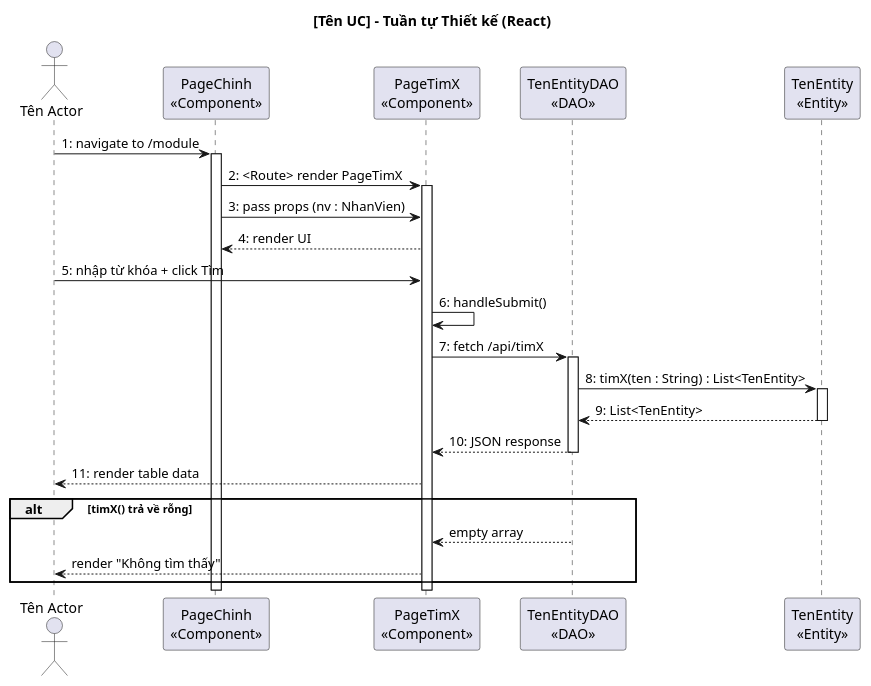
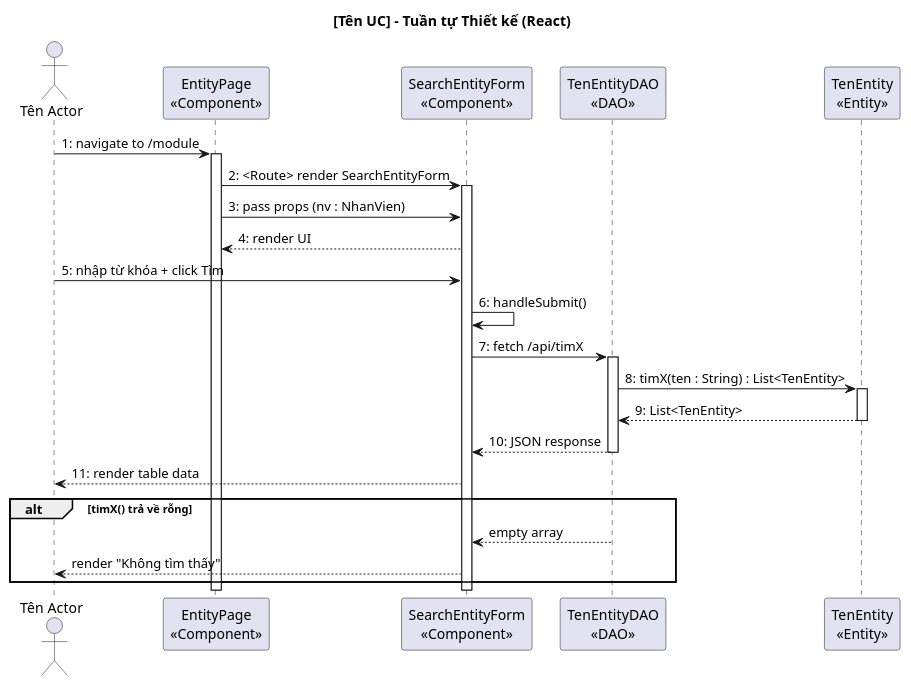
The second of 2 diagrams in .claude/skills/cnpm/references/iii.4_tuantu_thietke.md (thanhtrnnn/cnpm), drawn with PlantUML before and after one commit. The commit also changed other lines of this file and 5 other files, not shown here.

````diff
--- a/.claude/skills/cnpm/references/iii.4_tuantu_thietke.md
+++ b/.claude/skills/cnpm/references/iii.4_tuantu_thietke.md
@@ -54,34 +91,34 @@
 ```plantuml
 @startuml
 title [Tên UC] – Tuần tự Thiết kế (React)
 
 actor "Tên Actor" as Actor
-participant "PageChinh\n<<Component>>" as B0
-participant "PageTimX\n<<Component>>" as B1
+participant "EntityPage\n<<Component>>" as B0
+participant "SearchEntityForm\n<<Component>>" as B1
 participant "TenEntityDAO\n<<DAO>>" as DAO
 participant "TenEntity\n<<Entity>>" as E
 
 Actor -> B0 : 1: navigate to /module
 activate B0
-B0 -> B1 : 2: <Route> render PageTimX
+B0 -> B1 : 2: <Route> render SearchEntityForm
 activate B1
 B0 -> B1 : 3: pass props (nv : NhanVien)
 B1 --> B0 : 4: render UI
 Actor -> B1 : 5: nhập từ khóa + click Tìm
 B1 -> B1 : 6: handleSubmit()
 B1 -> DAO : 7: fetch /api/timX
 activate DAO
 DAO -> E : 8: timX(ten : String) : List<TenEntity>
 activate E
 E --> DAO : 9: List<TenEntity>
 deactivate E
 DAO --> B1 : 10: JSON response
 deactivate DAO
 B1 --> Actor : 11: render table data
 
 alt timX() trả về rỗng
   DAO --> B1 : empty array
   B1 --> Actor : render "Không tìm thấy"
 end
 @enduml
 ```
````
